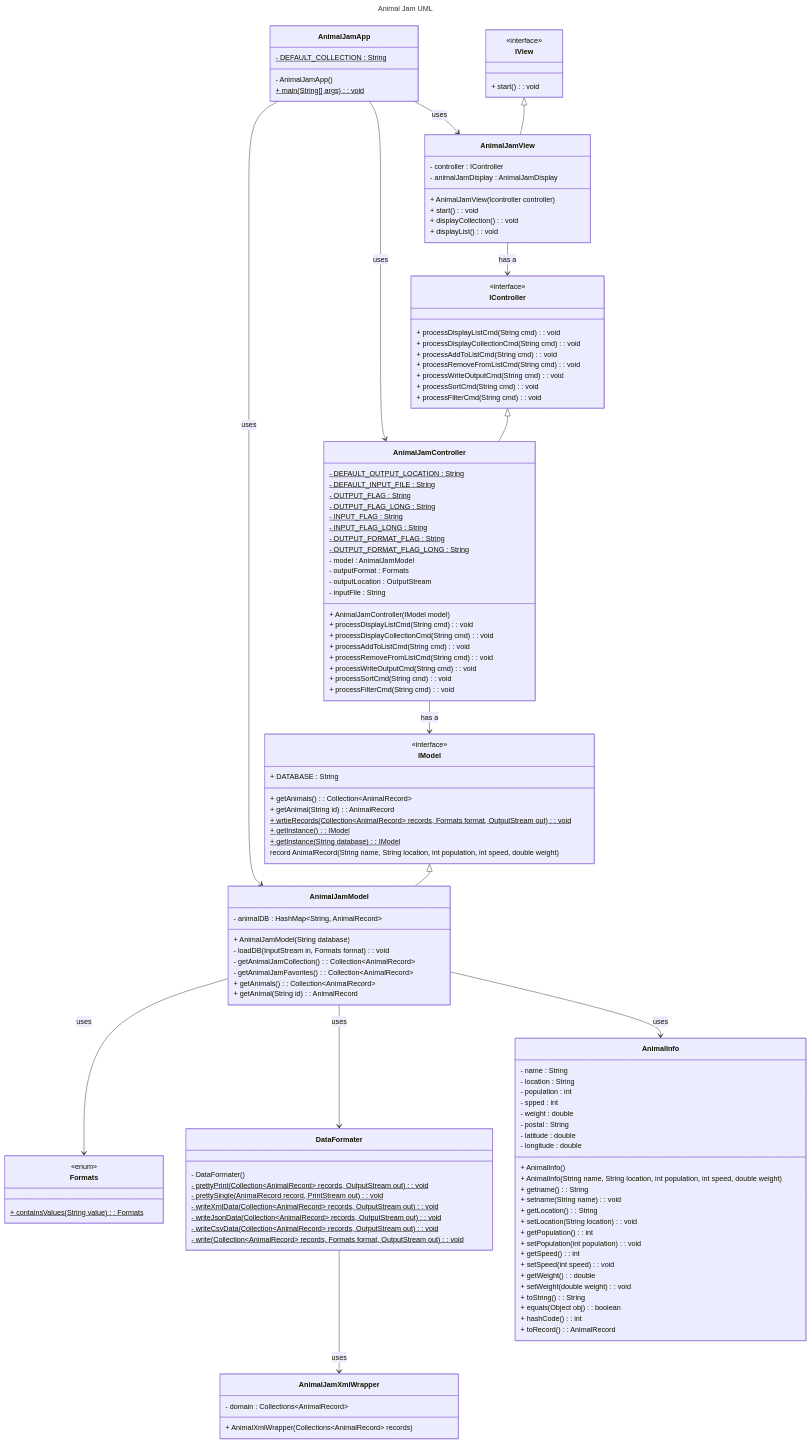
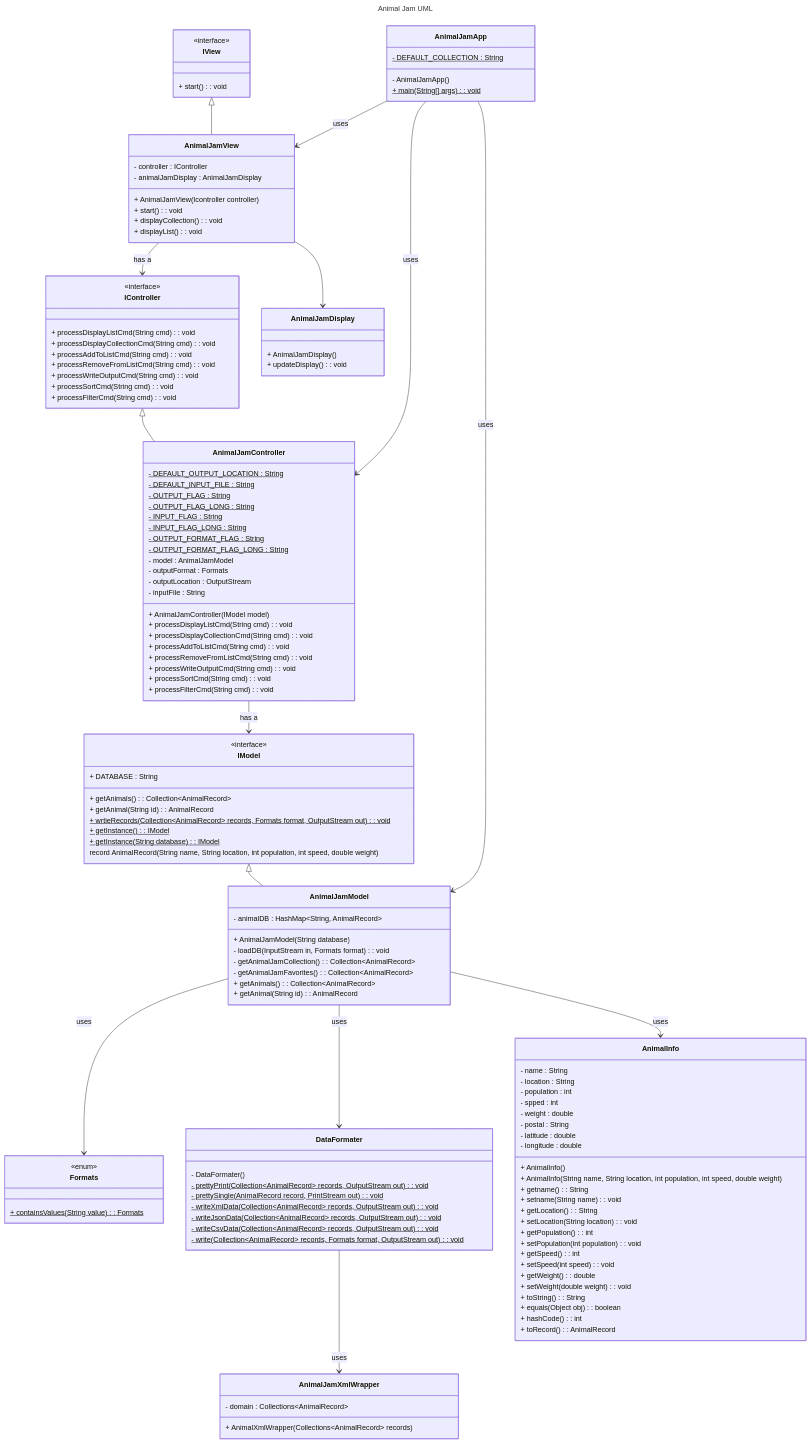
One commit to Sp25-CS5004-Online-Lionelle/final-project-group-3 changed the diagram in DesignDocuments/ProjectProposal.md. Above: the diagram before and after it, drawn with Mermaid.

Commit message:
doc: update UML

````diff
--- a/DesignDocuments/ProjectProposal.md
+++ b/DesignDocuments/ProjectProposal.md
@@ -33,6 +33,7 @@
     AnimalJamView --> IController : has a
     AnimalJamController --> IModel : has a
     AnimalJamModel --> AnimalInfo : uses
+    AnimalJamView --> AnimalJamDisplay
     class AnimalJamApp {
         - DEFAULT_COLLECTION : String$
         - AnimalJamApp()
@@ -144,5 +145,10 @@
         + displayCollection() : void
         + displayList() : void
     }
+    class AnimalJamDisplay {
+        + AnimalJamDisplay()
+        + updateDisplay() : void
+
+    }
 
 ```
````
